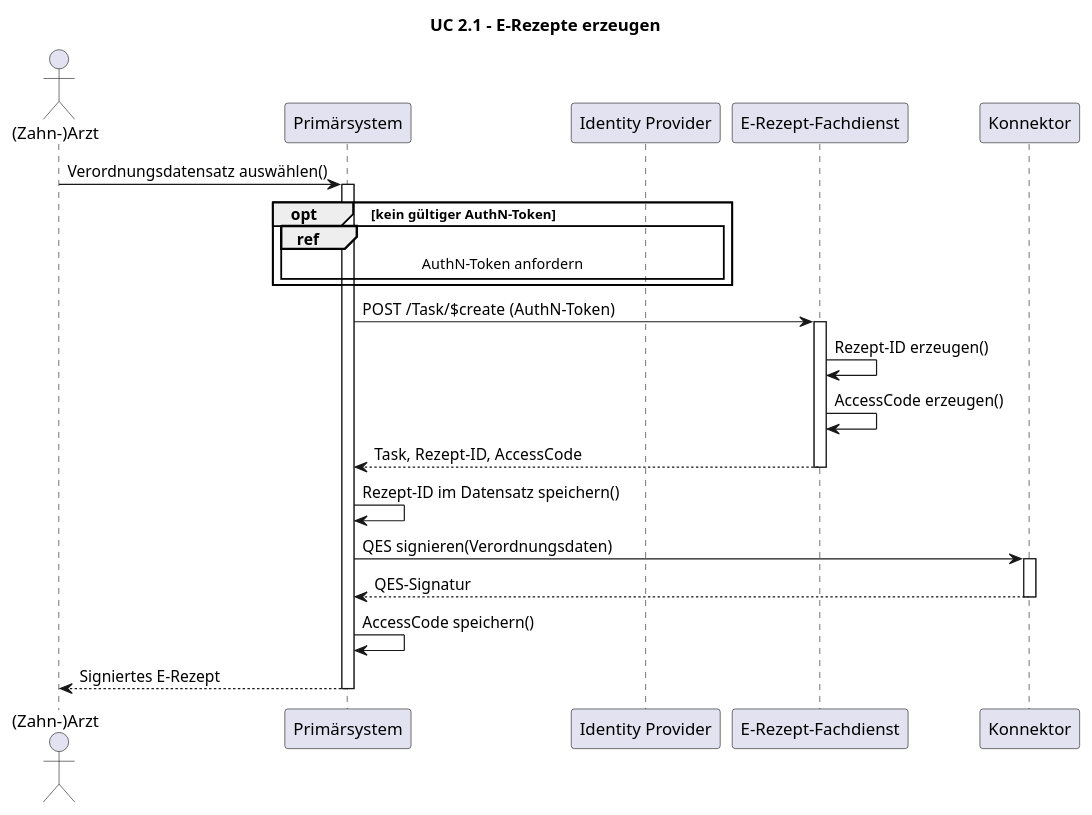
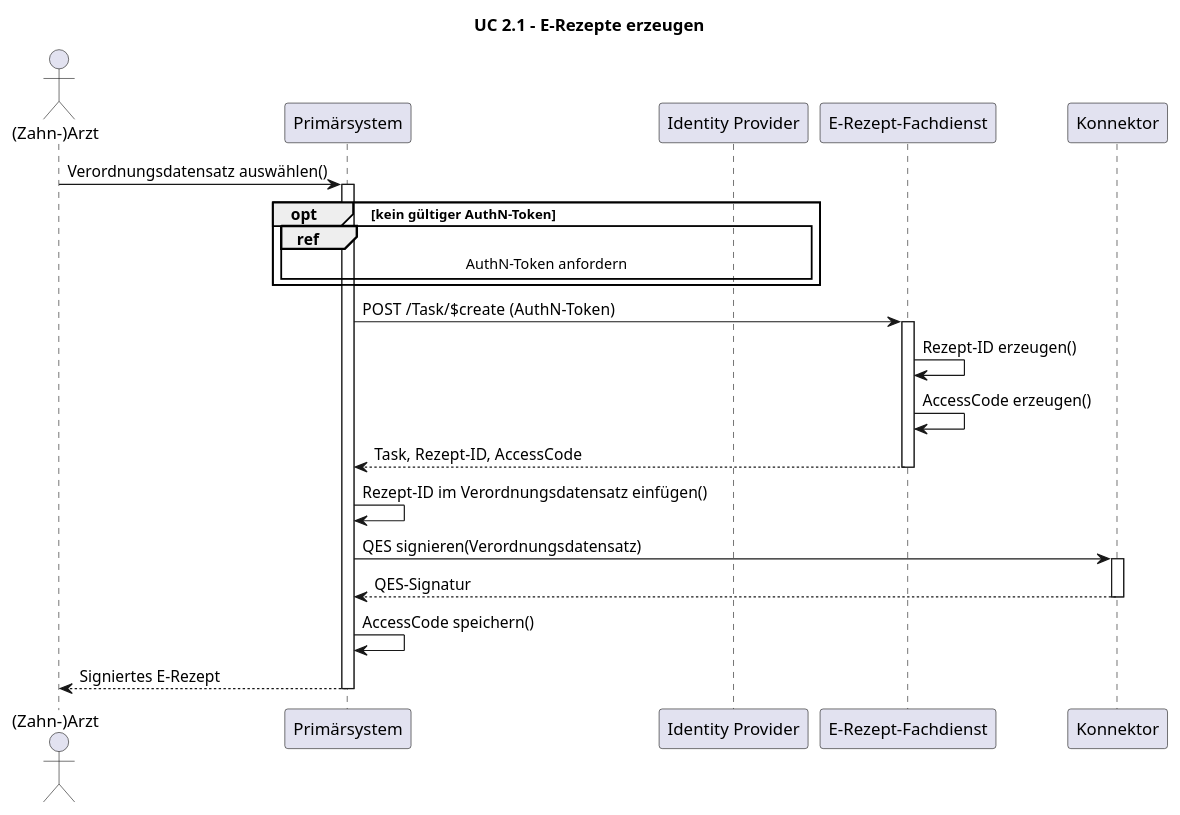
The diagram in igs/core/input/images-source/seq-uc-2-1-e-rezepte-erzeugen.plantuml (gematik/fhir-igs-workflow), drawn with PlantUML before and after one commit. The commit also changed 17 other files, not shown here.

```diff
--- a/igs/core/input/images-source/seq-uc-2-1-e-rezepte-erzeugen.plantuml
+++ b/igs/core/input/images-source/seq-uc-2-1-e-rezepte-erzeugen.plantuml
@@ -1,35 +1,35 @@
 @startuml
 title UC 2.1 - E-Rezepte erzeugen
 
 actor "(Zahn-)Arzt" as Arzt
 participant "Primärsystem" as PS
 participant "Identity Provider" as IDP
 participant "E-Rezept-Fachdienst" as FD
 participant "Konnektor" as K
 
 Arzt -> PS: Verordnungsdatensatz auswählen()
 activate PS
 
 opt kein gültiger AuthN-Token
   ref over PS, IDP: AuthN-Token anfordern
 end
 
 PS -> FD: POST /Task/$create (AuthN-Token)
 activate FD
 FD -> FD: Rezept-ID erzeugen()
 FD -> FD: AccessCode erzeugen()
 FD --> PS: Task, Rezept-ID, AccessCode
 deactivate FD
 
-PS -> PS: Rezept-ID im Datensatz speichern()
+PS -> PS: Rezept-ID im Verordnungsdatensatz einfügen()
 
-PS -> K: QES signieren(Verordnungsdaten)
+PS -> K: QES signieren(Verordnungsdatensatz)
 activate K
 K --> PS: QES-Signatur
 deactivate K
 
 PS -> PS: AccessCode speichern()
 PS --> Arzt: Signiertes E-Rezept
 deactivate PS
 
 @enduml
```
